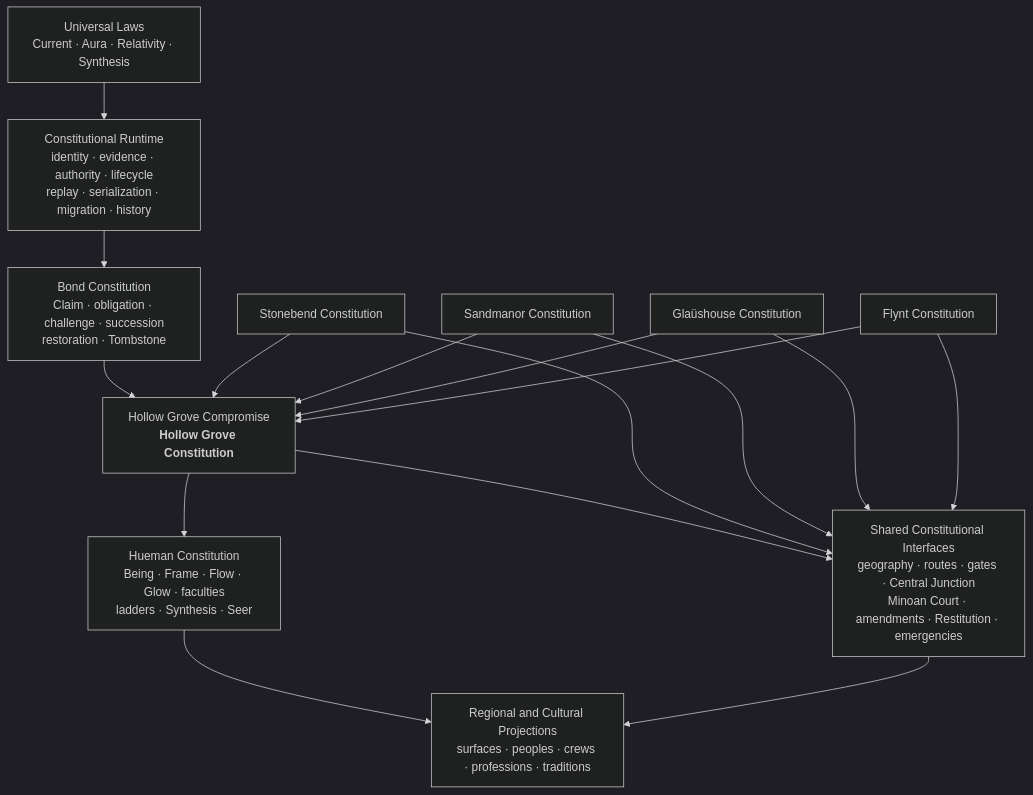
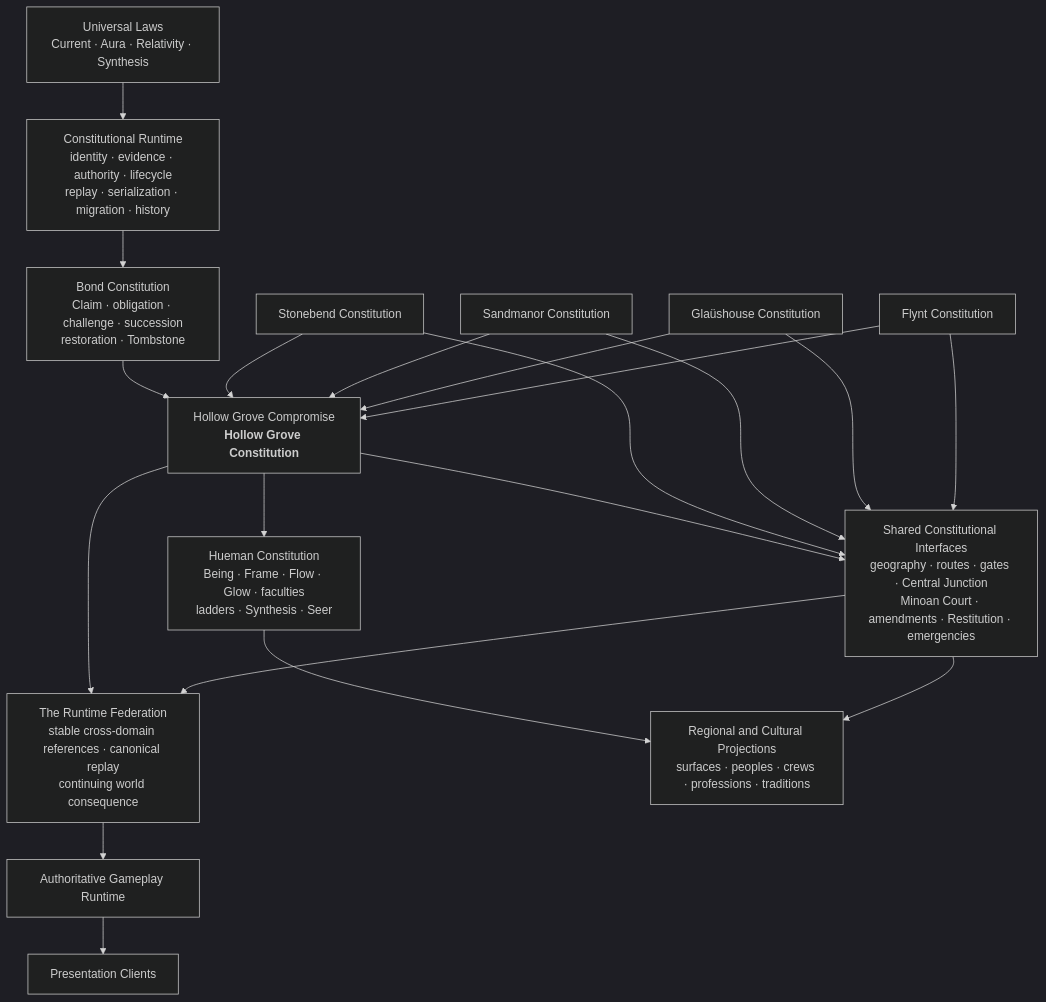
Before and after one commit to RoiLenox/hollow_grove: the first of 3 diagrams in HOLLOW_GROVE_CONSTITUTIONAL_ARCHITECTURE_V1.md, drawn with Mermaid (dark theme). The commit also changed other lines of this file and 4 other files, not shown here.

Commit message:
canon: establish the runtime federation v1

````diff
--- a/HOLLOW_GROVE_CONSTITUTIONAL_ARCHITECTURE_V1.md
+++ b/HOLLOW_GROVE_CONSTITUTIONAL_ARCHITECTURE_V1.md
@@ -28,31 +28,38 @@
 ```mermaid
 flowchart TB
     UL["Universal Laws<br/>Current · Aura · Relativity · Synthesis"]
     RT["Constitutional Runtime<br/>identity · evidence · authority · lifecycle<br/>replay · serialization · migration · history"]
     BC["Bond Constitution<br/>Claim · obligation · challenge · succession<br/>restoration · Tombstone"]
     HG["Hollow Grove Compromise<br/><b>Hollow Grove Constitution</b>"]
+    RF["The Runtime Federation<br/>stable cross-domain references · canonical replay<br/>continuing world consequence"]
+    GP["Authoritative Gameplay Runtime"]
+    PX["Presentation Clients"]
 
     SB["Stonebend Constitution"]
     SA["Sandmanor Constitution"]
     GL["Glaüshouse Constitution"]
     FL["Flynt Constitution"]
     HU["Hueman Constitution<br/>Being · Frame · Flow · Glow · faculties<br/>ladders · Synthesis · Seer"]
     IF["Shared Constitutional Interfaces<br/>geography · routes · gates · Central Junction<br/>Minoan Court · amendments · Restitution · emergencies"]
     RP["Regional and Cultural Projections<br/>surfaces · peoples · crews · professions · traditions"]
 
     UL --> RT
     RT --> BC
     BC --> HG
     SB --> HG
     SA --> HG
     GL --> HG
     FL --> HG
     HG --> HU
     HG --> IF
+    HG --> RF
+    IF --> RF
+    RF --> GP
+    GP --> PX
     SB --> IF
     SA --> IF
     GL --> IF
     FL --> IF
     HU --> RP
     IF --> RP
 ```
````
